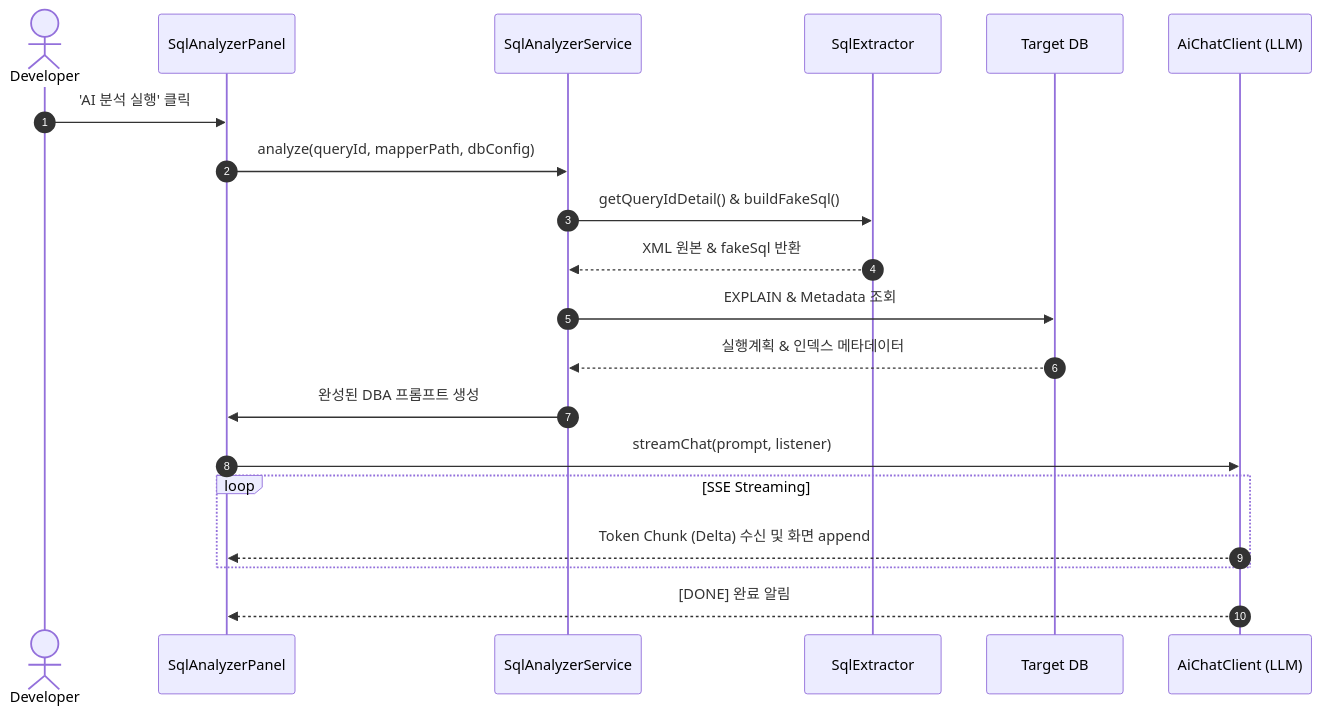
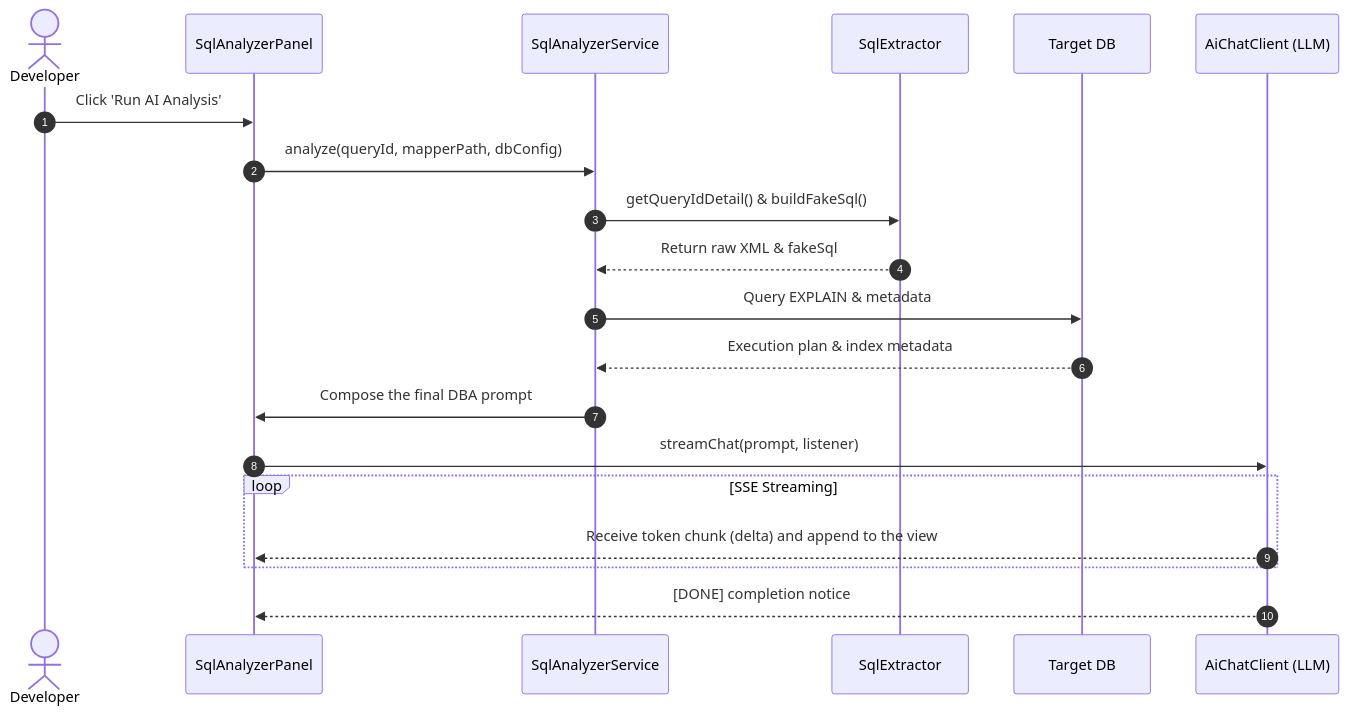
The second of 2 diagrams in docs/ARCHITECTURE.md (sweetpark/mybatis-sql-tuner-ai), drawn with Mermaid before and after one commit. The commit also changed other lines of this file and 7 other files, not shown here.

````diff
--- a/docs/ARCHITECTURE.md
+++ b/docs/ARCHITECTURE.md
@@ -61,23 +62,23 @@
 ```mermaid
 sequenceDiagram
     autonumber
     actor Dev as Developer
     participant UI as SqlAnalyzerPanel
     participant Svc as SqlAnalyzerService
     participant Ext as SqlExtractor
     participant DB as Target DB
     participant AI as AiChatClient (LLM)
 
-    Dev->>UI: 'AI 분석 실행' 클릭
+    Dev->>UI: Click 'Run AI Analysis'
     UI->>Svc: analyze(queryId, mapperPath, dbConfig)
     Svc->>Ext: getQueryIdDetail() & buildFakeSql()
-    Ext-->>Svc: XML 원본 & fakeSql 반환
-    Svc->>DB: EXPLAIN & Metadata 조회
-    DB-->>Svc: 실행계획 & 인덱스 메타데이터
-    Svc->>UI: 완성된 DBA 프롬프트 생성
+    Ext-->>Svc: Return raw XML & fakeSql
+    Svc->>DB: Query EXPLAIN & metadata
+    DB-->>Svc: Execution plan & index metadata
+    Svc->>UI: Compose the final DBA prompt
     UI->>AI: streamChat(prompt, listener)
     loop SSE Streaming
-        AI-->>UI: Token Chunk (Delta) 수신 및 화면 append
+        AI-->>UI: Receive token chunk (delta) and append to the view
     end
-    AI-->>UI: [DONE] 완료 알림
+    AI-->>UI: [DONE] completion notice
 ```
````
